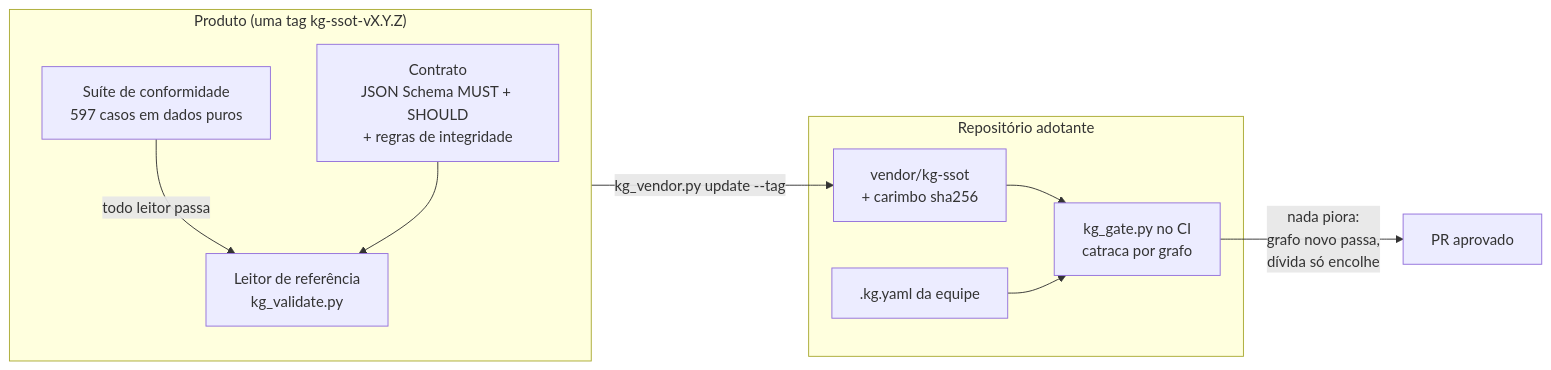
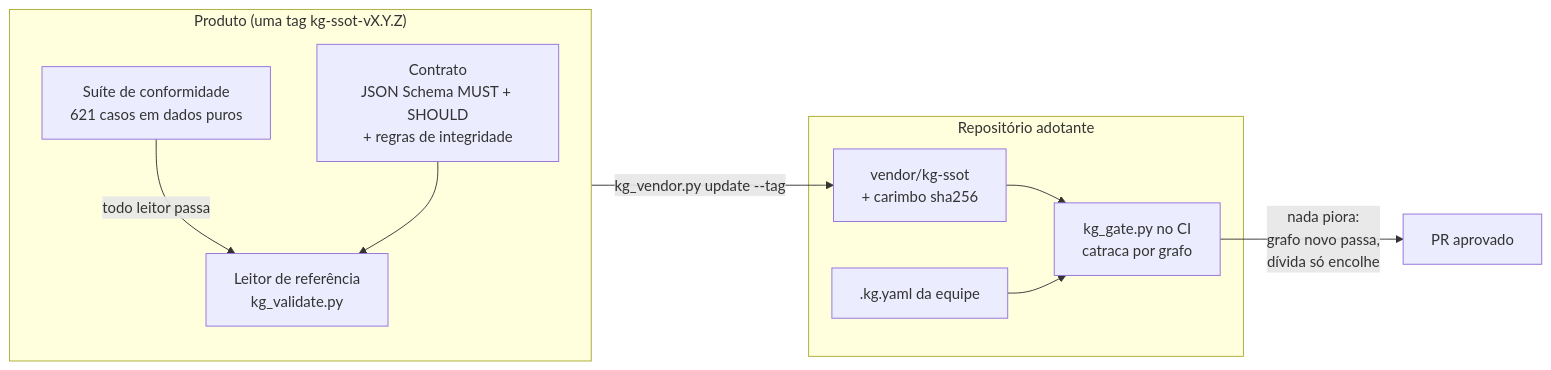
One commit to marciocar/kg-ssot changed the diagram in README.pt-BR.md. Above: the diagram before and after it, drawn with Mermaid. The commit also changed other lines of this file and 61 other files, not shown here.

````diff
--- a/README.pt-BR.md
+++ b/README.pt-BR.md
@@ -163,19 +163,19 @@
 ```mermaid
 flowchart LR
   subgraph product["Produto (uma tag kg-ssot-vX.Y.Z)"]
     C["Contrato<br/>JSON Schema MUST + SHOULD<br/>+ regras de integridade"]
-    S["Suíte de conformidade<br/>597 casos em dados puros"]
+    S["Suíte de conformidade<br/>621 casos em dados puros"]
     R["Leitor de referência<br/>kg_validate.py"]
     S -- "todo leitor passa" --> R
     C --> R
   end
   subgraph adopter["Repositório adotante"]
     V["vendor/kg-ssot<br/>+ carimbo sha256"]
     G["kg_gate.py no CI<br/>catraca por grafo"]
     K[".kg.yaml da equipe"]
     V --> G
     K --> G
   end
   product -- "kg_vendor.py update --tag" --> V
   G -- "nada piora:<br/>grafo novo passa,<br/>dívida só encolhe" --> PR["PR aprovado"]
 ```
````
